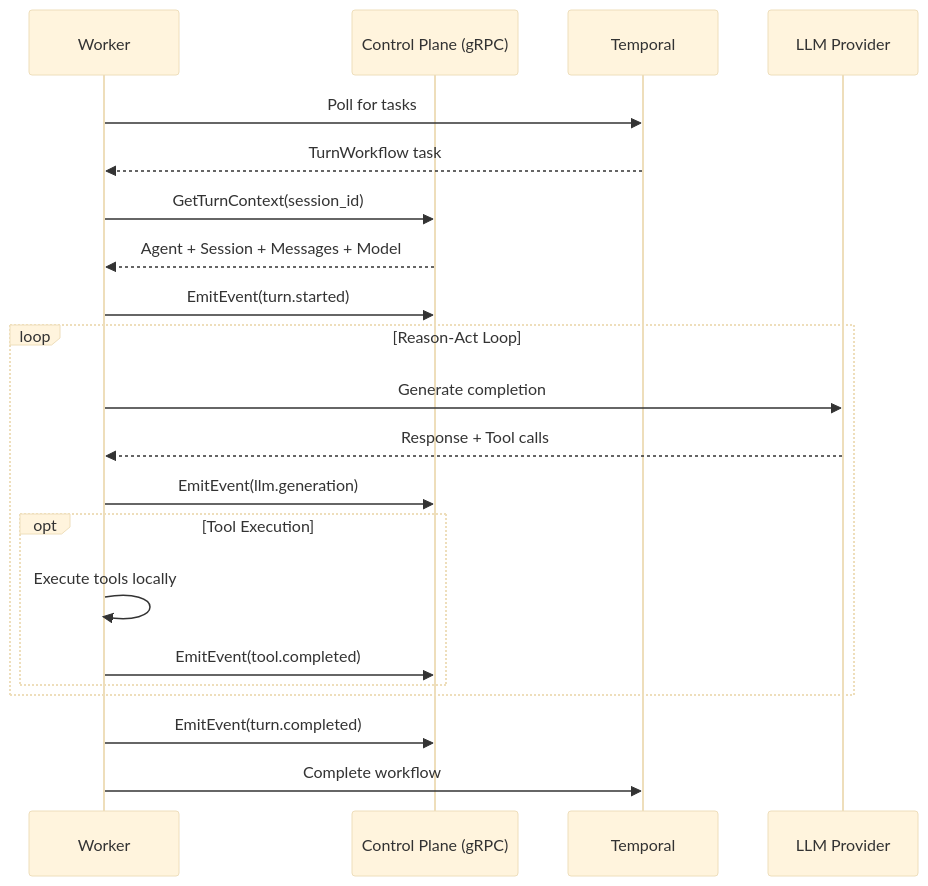
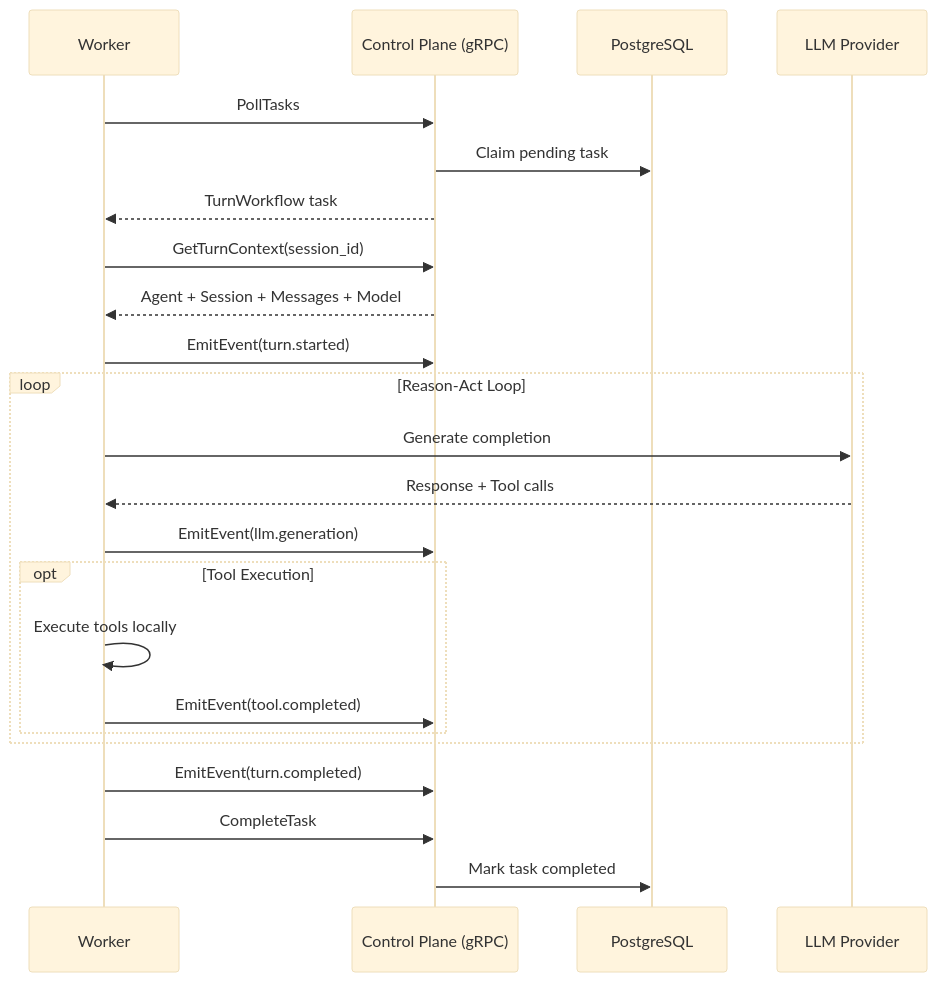
One commit to everruns/everruns changed the third of 3 diagrams in specs/architecture.md. Above: the diagram before and after it, drawn with Mermaid (base theme). The commit also changed other lines of this file and 77 other files, not shown here.

````diff
--- a/specs/architecture.md
+++ b/specs/architecture.md
@@ -124,27 +121,29 @@
 ```mermaid
 sequenceDiagram
     participant W as Worker
     participant CP as Control Plane (gRPC)
-    participant T as Temporal
+    participant DB as PostgreSQL
     participant LLM as LLM Provider
 
-    W->>T: Poll for tasks
-    T-->>W: TurnWorkflow task
+    W->>CP: PollTasks
+    CP->>DB: Claim pending task
+    CP-->>W: TurnWorkflow task
     W->>CP: GetTurnContext(session_id)
     CP-->>W: Agent + Session + Messages + Model
     W->>CP: EmitEvent(turn.started)
 
     loop Reason-Act Loop
         W->>LLM: Generate completion
         LLM-->>W: Response + Tool calls
         W->>CP: EmitEvent(llm.generation)
 
         opt Tool Execution
             W->>W: Execute tools locally
             W->>CP: EmitEvent(tool.completed)
         end
     end
 
     W->>CP: EmitEvent(turn.completed)
-    W->>T: Complete workflow
+    W->>CP: CompleteTask
+    CP->>DB: Mark task completed
 ```
````
